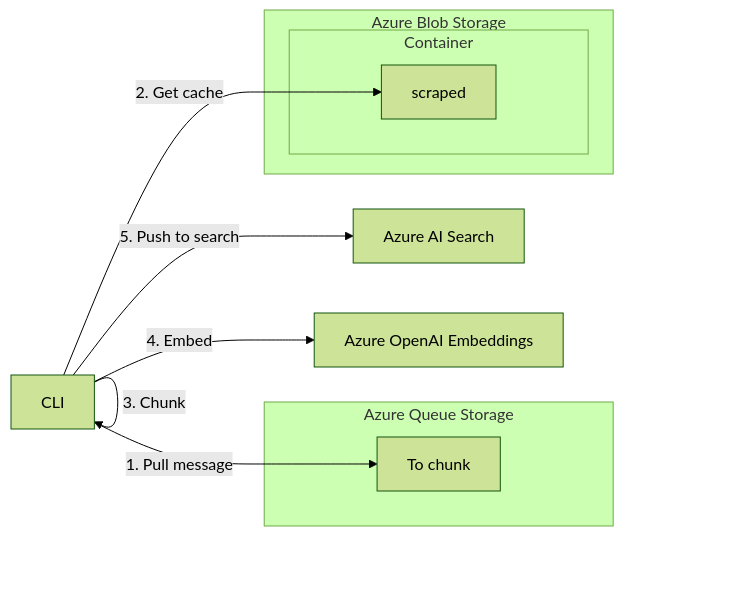
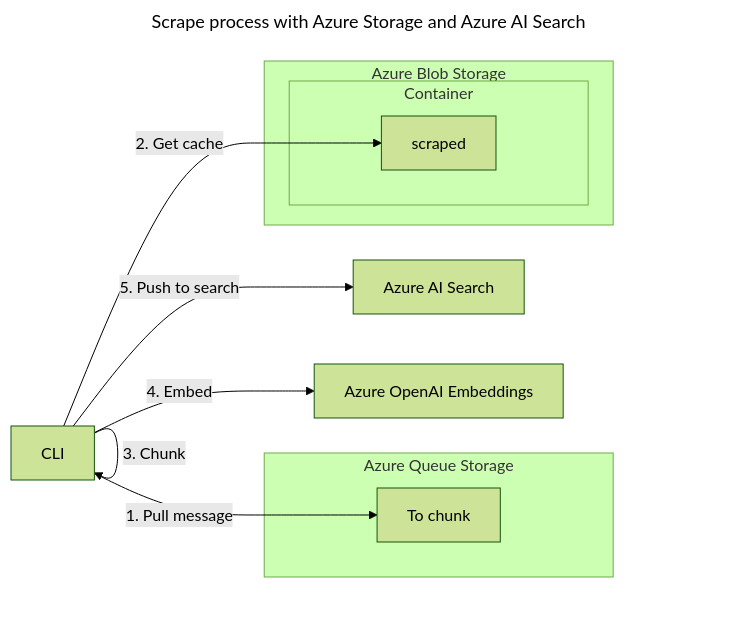
The second of 2 diagrams in README.md (clemlesne/scrape-it-now), drawn with Mermaid (forest theme) before and after one commit. The commit also changed other lines of this file and 17 other files, not shown here.

````diff
--- a/README.md
+++ b/README.md
@@ -211,22 +267,25 @@
 ```mermaid
+---
+title: Scrape process with Azure Storage and Azure AI Search
+---
 graph LR
-  ai_search["Azure AI Search"]
+  search["Azure AI Search"]
   cli["CLI"]
   embeddings["Azure OpenAI Embeddings"]
 
   subgraph "Azure Queue Storage"
     to_chunk["To chunk"]
   end
 
   subgraph "Azure Blob Storage"
     subgraph "Container"
       scraped["scraped"]
     end
   end
 
   cli -- 1. Pull message --> to_chunk
   cli -- 2. Get cache --> scraped
   cli -- 3. Chunk --> cli
   cli -- 4. Embed --> embeddings
-  cli -- 5. Push to search --> ai_search
+  cli -- 5. Push to search --> search
 ```
````
